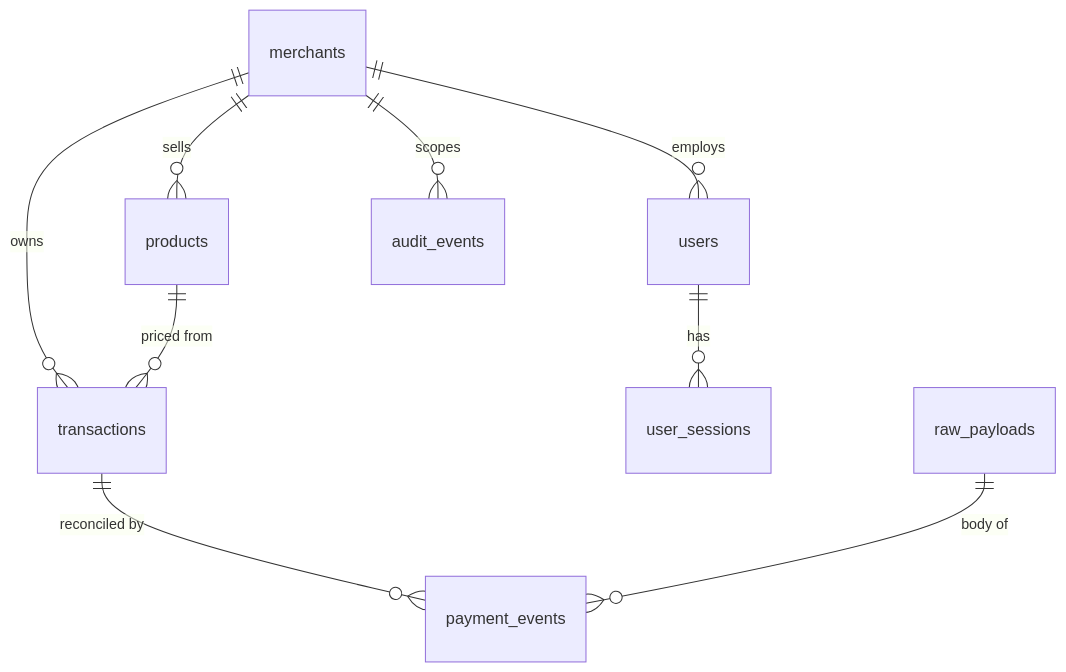
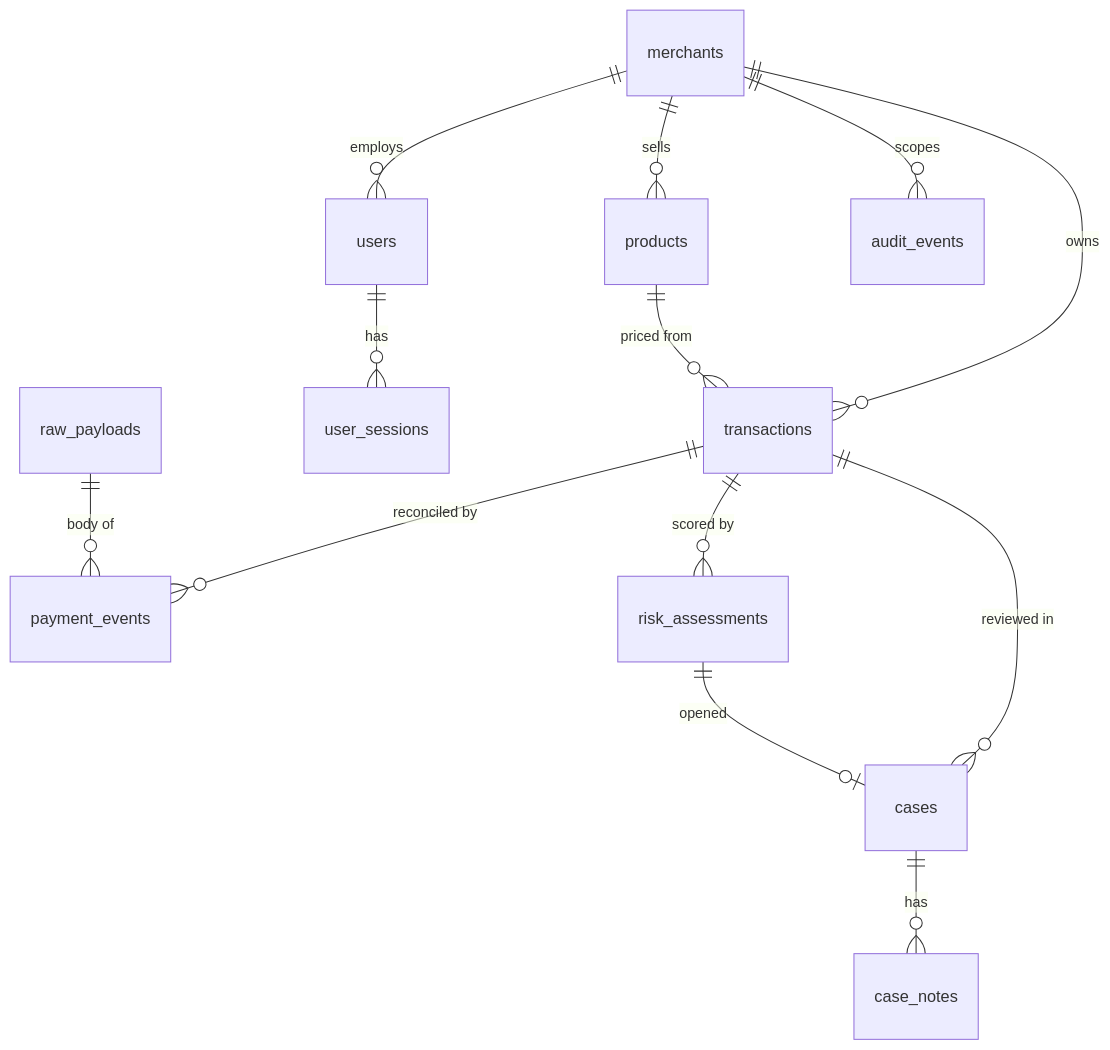
The diagram in docs/DATABASE_SCHEMA.md (harshjha15335/SENTINEL-), drawn with Mermaid before and after one commit. The commit also changed other lines of this file and 32 other files, not shown here.

First line of the commit message:
Show risk assessments and the review queue in the web app

````diff
--- a/docs/DATABASE_SCHEMA.md
+++ b/docs/DATABASE_SCHEMA.md
@@ -5,11 +7,15 @@
 ```mermaid
 erDiagram
   merchants ||--o{ users : employs
   merchants ||--o{ products : sells
   merchants ||--o{ transactions : owns
   users ||--o{ user_sessions : has
   products ||--o{ transactions : "priced from"
   transactions ||--o{ payment_events : "reconciled by"
   raw_payloads ||--o{ payment_events : "body of"
   merchants ||--o{ audit_events : scopes
+  transactions ||--o{ risk_assessments : "scored by"
+  transactions ||--o{ cases : "reviewed in"
+  risk_assessments ||--o| cases : "opened"
+  cases ||--o{ case_notes : has
 ```
````
